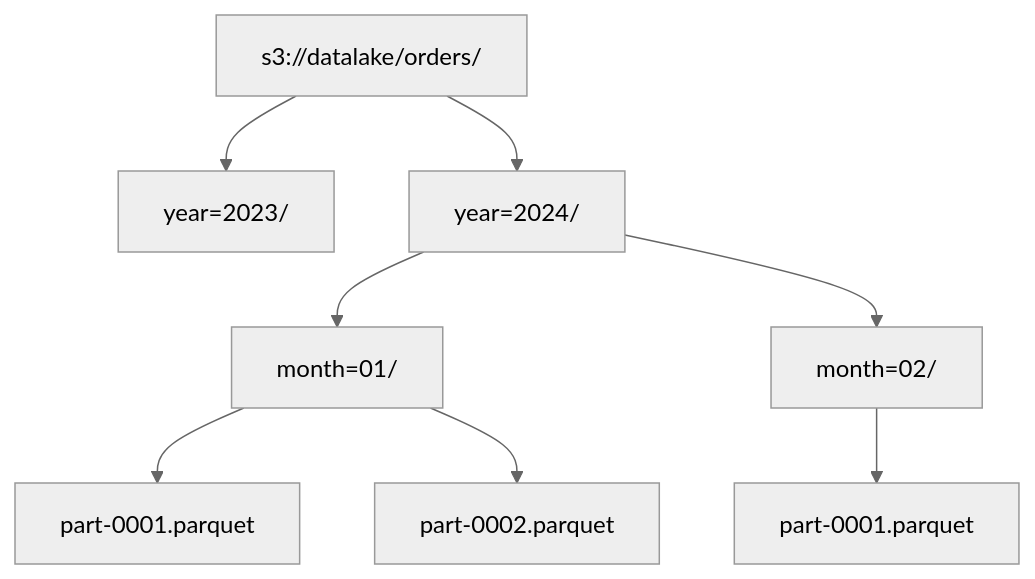
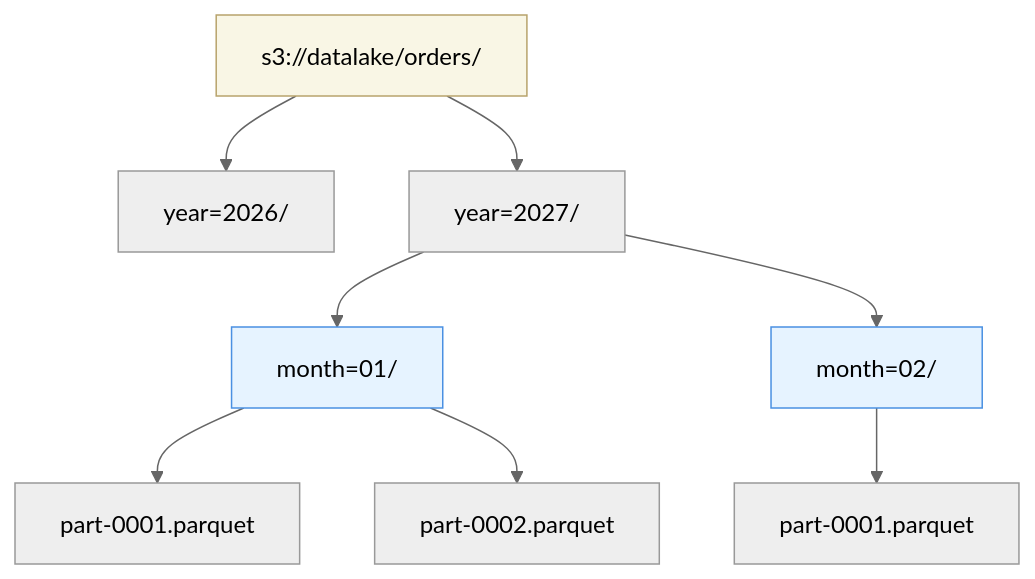
Before and after one commit to kythuatdulieu/kythuatdulieu.github.io: the diagram in src/content/docs/concepts/3-storage-engines-formats/partitioning.md, drawn with Mermaid (neutral theme). The commit also changed other lines of this file and 213 other files, not shown here.

Commit message:
Fix syntax and rewrite 200+ concepts docs to deep-dive system architecture and add GA4 tracking to quiz app

````diff
--- a/src/content/docs/concepts/3-storage-engines-formats/partitioning.md
+++ b/src/content/docs/concepts/3-storage-engines-formats/partitioning.md
@@ -24,10 +26,14 @@
 ```mermaid
 graph TD
-    A["s3://datalake/orders/"] --> B["year=2023/"]
-    A --> C["year=2024/"]
+    A["s3://datalake/orders/"] --> B["year=2026/"]
+    A --> C["year=2027/"]
     C --> D["month=01/"]
     C --> E["month=02/"]
     D --> F["part-0001.parquet"]
     D --> G["part-0002.parquet"]
     E --> H["part-0001.parquet"]
+    
+    style A fill:#f9f6e5,stroke:#b8a36c
+    style D fill:#e6f3ff,stroke:#4a90e2
+    style E fill:#e6f3ff,stroke:#4a90e2
 ```
````
